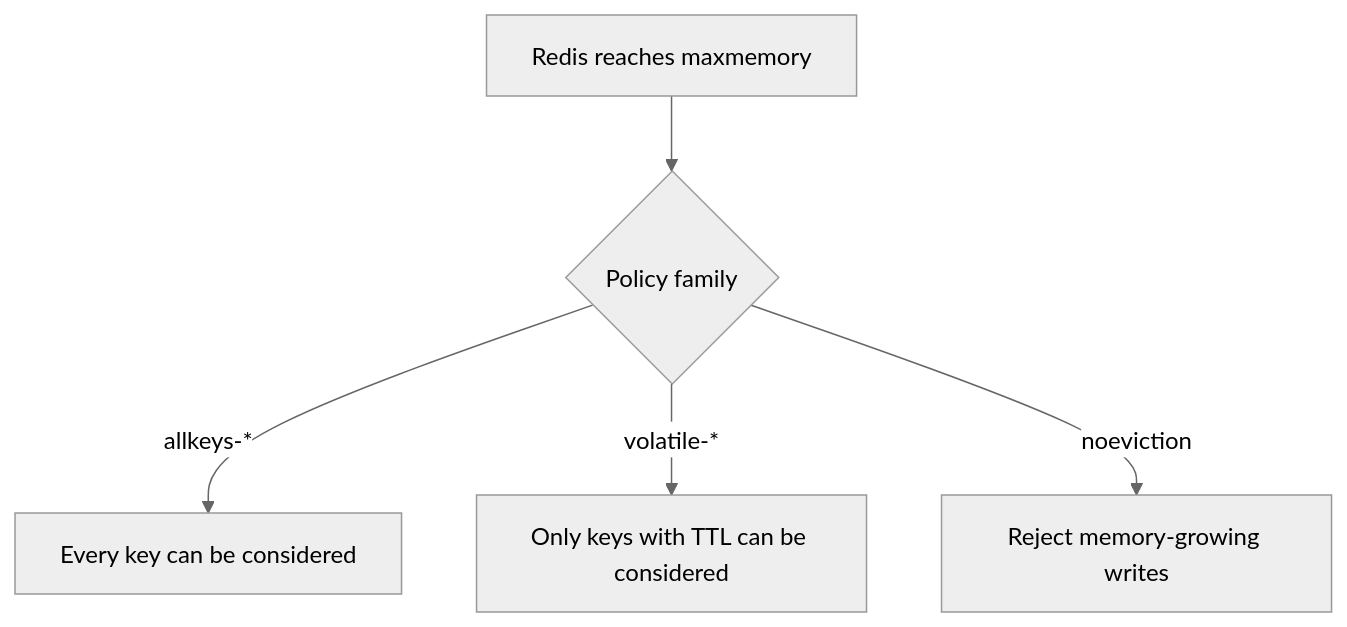
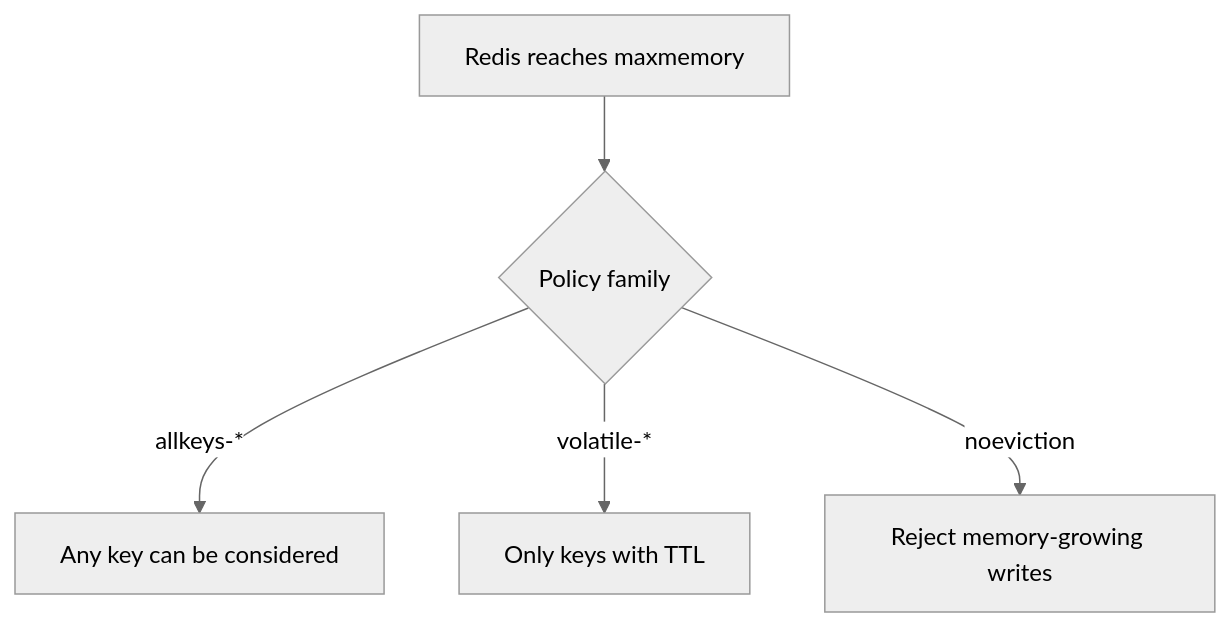
One commit to AvadhBhalodiya/Interview-Preparation changed the fourth of 9 diagrams in src/content/caching/ttl-eviction-policies.md. Above: the diagram before and after it, drawn with Mermaid (neutral theme). The commit also changed other lines of this file and 54 other files, not shown here.

````diff
--- a/src/content/caching/ttl-eviction-policies.md
+++ b/src/content/caching/ttl-eviction-policies.md
@@ -567,7 +335,7 @@
 ```mermaid
 flowchart TD
     A[Redis reaches maxmemory] --> B{Policy family}
-    B -->|allkeys-*| C[Every key can be considered]
-    B -->|volatile-*| D[Only keys with TTL can be considered]
+    B -->|allkeys-*| C[Any key can be considered]
+    B -->|volatile-*| D[Only keys with TTL]
     B -->|noeviction| E[Reject memory-growing writes]
 ```
````
